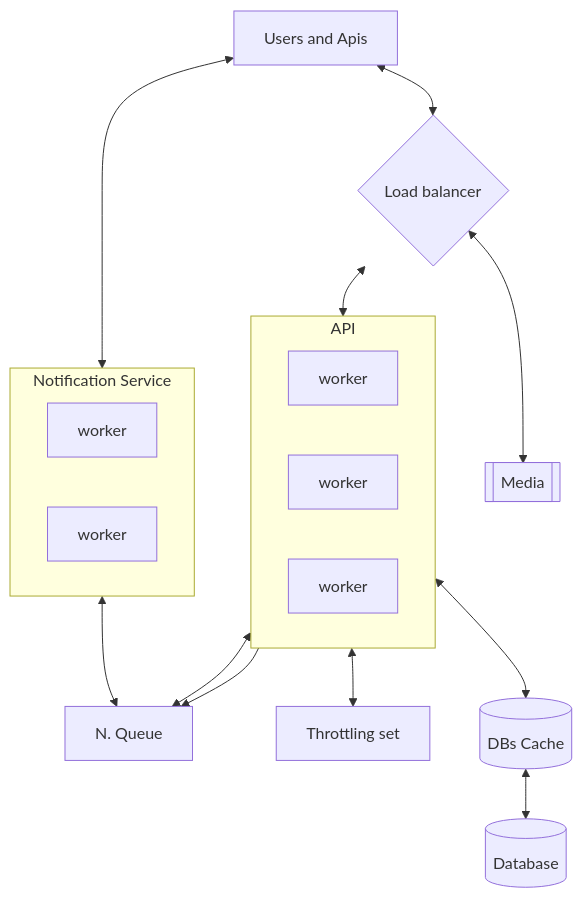
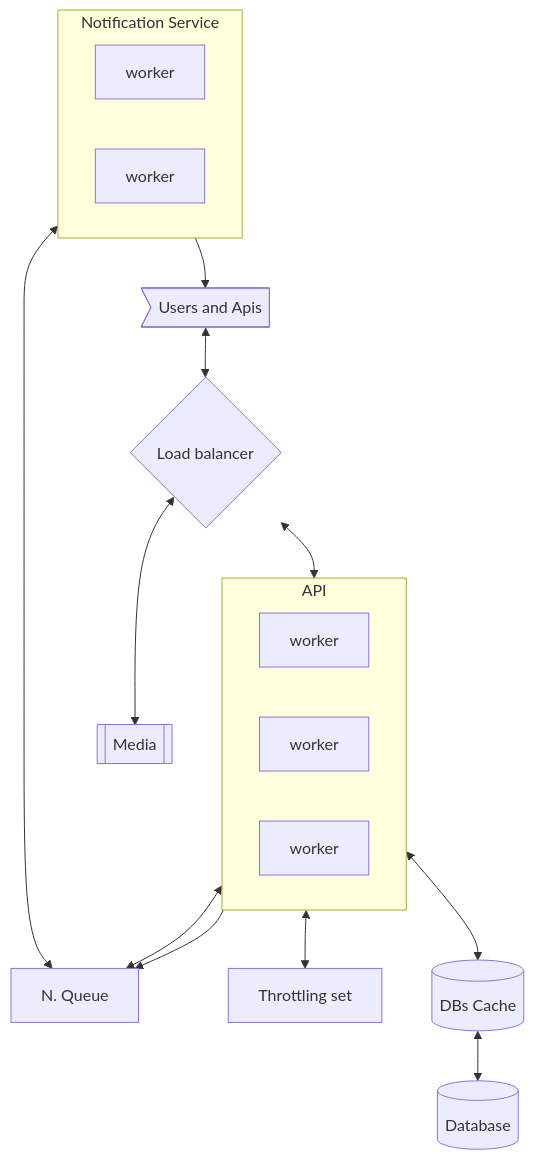
Before and after one commit to LamaAni/meta-prep: the diagram in system_design/questions/chat.md, drawn with Mermaid. The commit also changed other lines of this file, not shown here.

````diff
--- a/system_design/questions/chat.md
+++ b/system_design/questions/chat.md
@@ -157,29 +157,29 @@
 ```mermaid
 flowchart TD;
     queue["N. Queue"]
     throttling["Throttling set"]
     db[("Database")]
     media[[Media]]
     ld{Load balancer}
-    users["Users and Apis"]
+    users>"Users and Apis"]
     dbcache[("DBs Cache")]
     subgraph notification["Notification Service"]
         nw1["worker"]
         nw2["worker"]
     end
     subgraph api["API"]
         aw1["worker"]
         aw2["worker"]
         aw3["worker"]
     end
     users<-->ld
-    users<-->notification
+    notification-->users
     ld<-->media
     ld<-->api
     api<-->dbcache
     api-->queue
     api<-->throttling
     dbcache<-->db
     api<-->queue
     notification<-->queue
 ```
````
